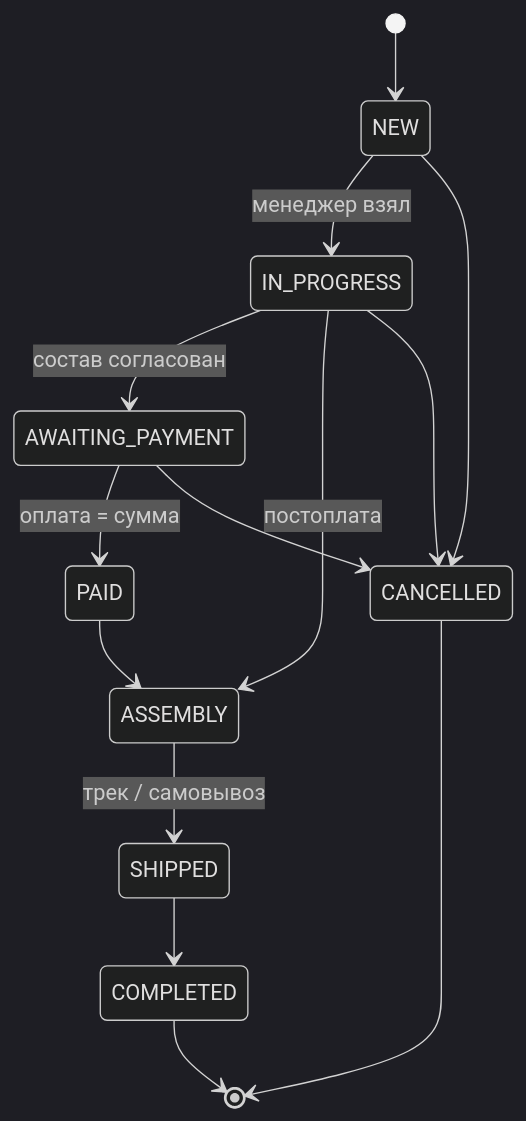
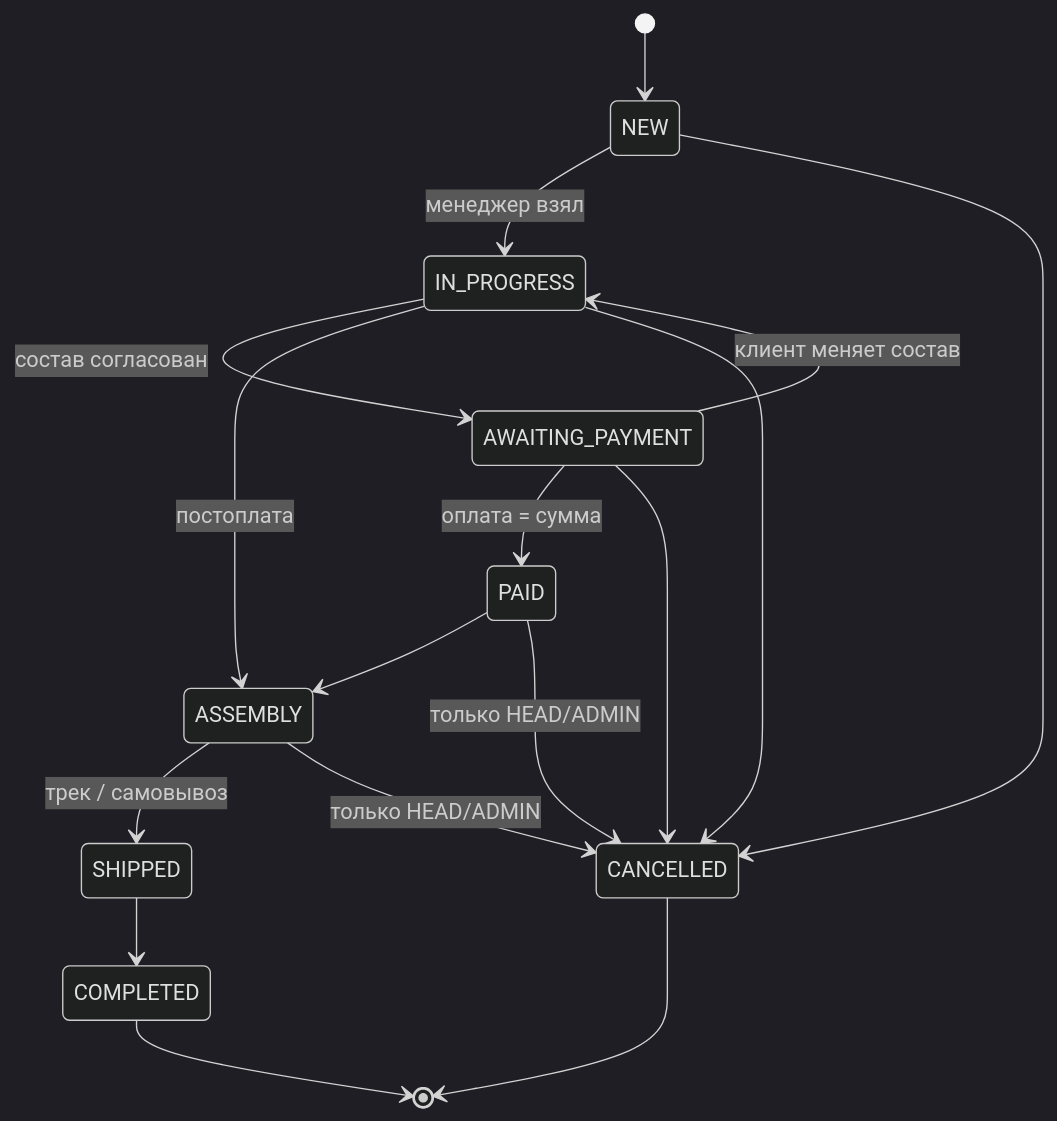
Before and after one commit to etisnow/buscom-erp: the first of 2 diagrams in docs/PRD.md, drawn with Mermaid (dark theme). The commit also changed other lines of this file and 4 other files, not shown here.

````diff
--- a/docs/PRD.md
+++ b/docs/PRD.md
@@ -111,16 +192,19 @@
 ```mermaid
 stateDiagram-v2
     [*] --> NEW
     NEW --> IN_PROGRESS: менеджер взял
     IN_PROGRESS --> AWAITING_PAYMENT: состав согласован
+    AWAITING_PAYMENT --> IN_PROGRESS: клиент меняет состав
     AWAITING_PAYMENT --> PAID: оплата = сумма
     IN_PROGRESS --> ASSEMBLY: постоплата
     PAID --> ASSEMBLY
     ASSEMBLY --> SHIPPED: трек / самовывоз
     SHIPPED --> COMPLETED
     NEW --> CANCELLED
     IN_PROGRESS --> CANCELLED
     AWAITING_PAYMENT --> CANCELLED
+    PAID --> CANCELLED: только HEAD/ADMIN
+    ASSEMBLY --> CANCELLED: только HEAD/ADMIN
     COMPLETED --> [*]
     CANCELLED --> [*]
 ```
````
